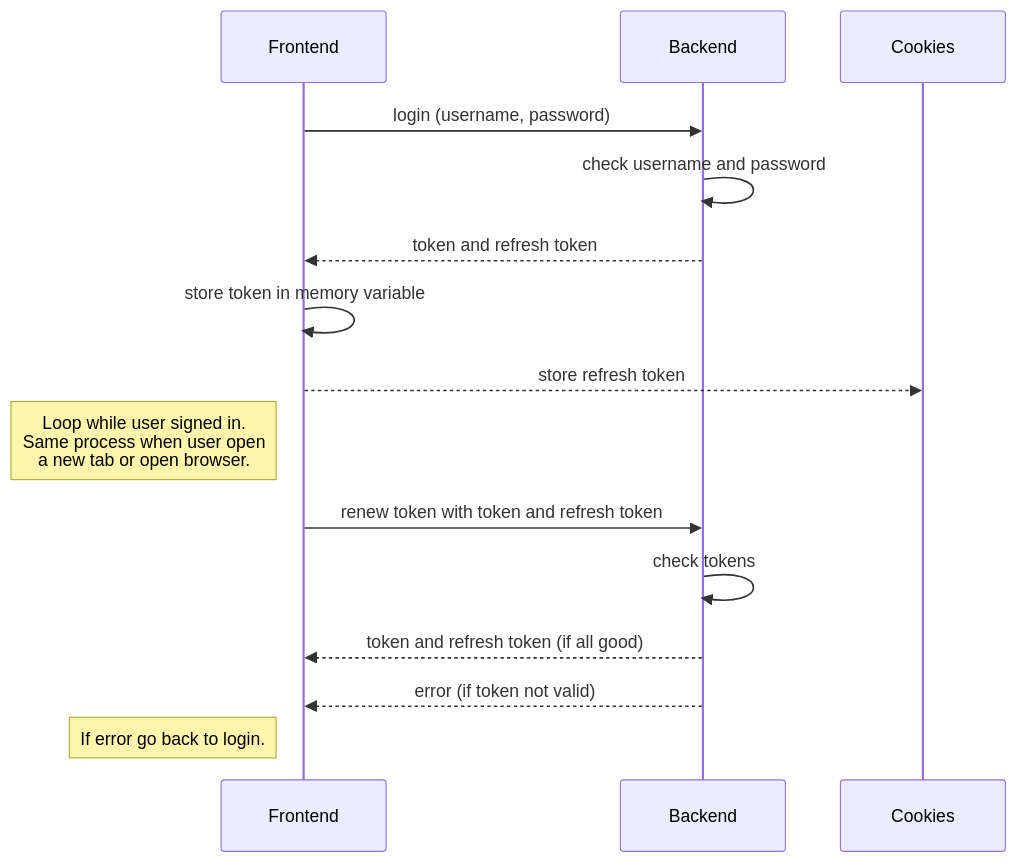
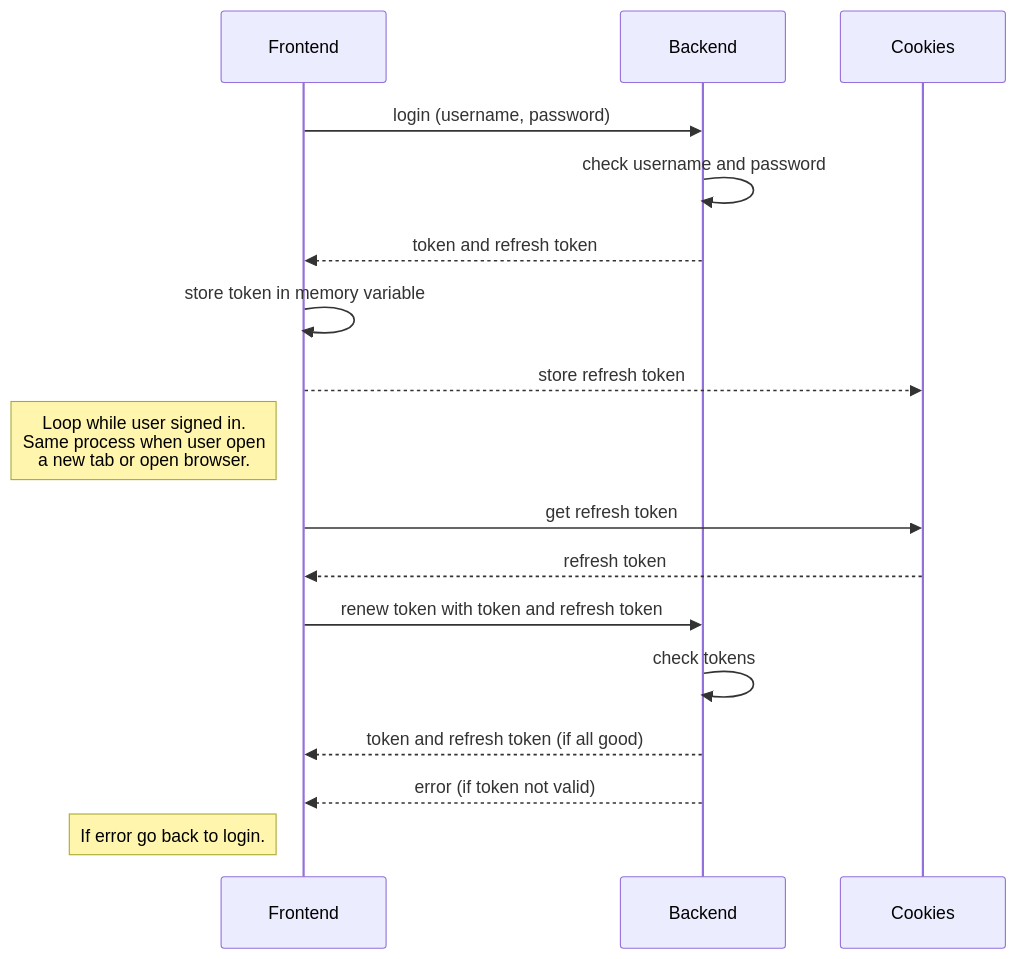
Before and after one commit to aalzubidy/csinterviewquestions-frontend: the diagram in README.md, drawn with Mermaid. The commit also changed 2 other files, not shown here.

Commit message:
Updated notes

````diff
--- a/README.md
+++ b/README.md
@@ -40,14 +40,16 @@
 ```mermaid
 sequenceDiagram
 Frontend ->> Backend: login (username, password)
 Backend->>Backend: check username and password
 Backend-->>Frontend: token and refresh token
 Frontend->>Frontend: store token in memory variable
 Frontend-->>Cookies: store refresh token
 Note left of Frontend: Loop while user signed in. <br/> Same process when user open <br/> a new tab or open browser.
+Frontend->>Cookies: get refresh token
+Cookies-->>Frontend: refresh token
 Frontend->>Backend: renew token with token and refresh token
 Backend->>Backend: check tokens
 Backend-->>Frontend: token and refresh token (if all good)
 Backend-->>Frontend: error (if token not valid)
 Note left of Frontend: If error go back to login.
 ```
````
